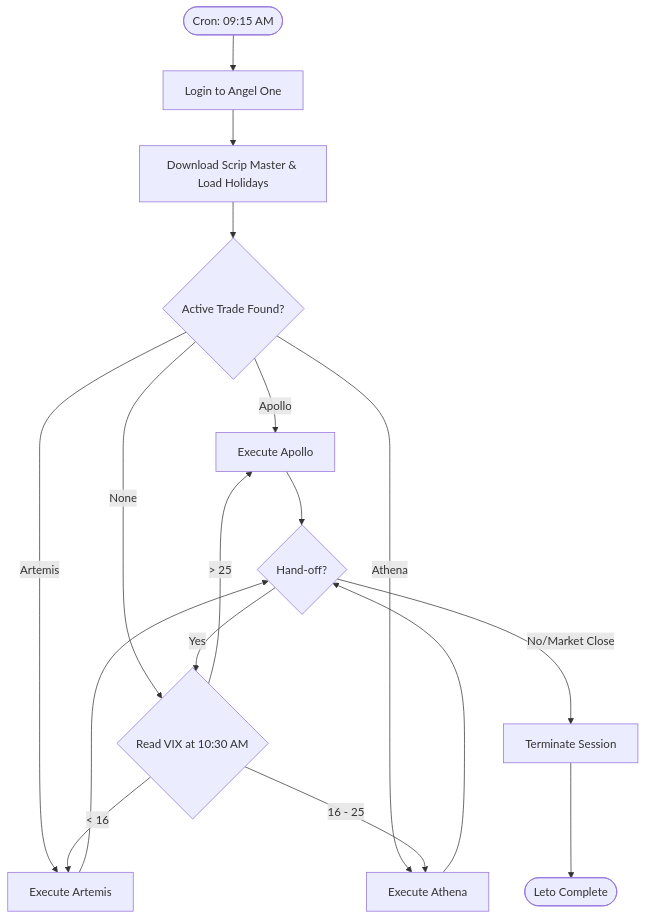
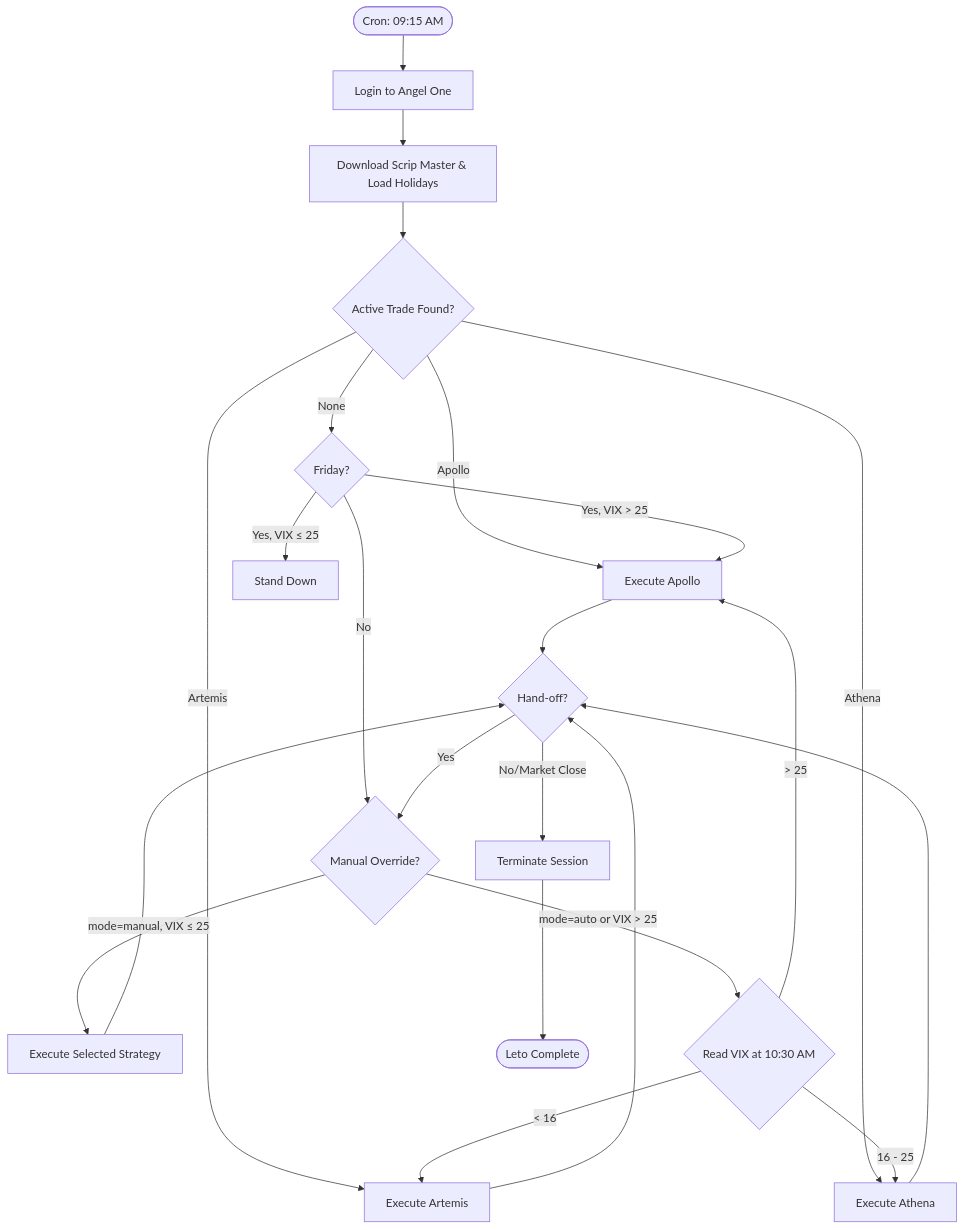
Before and after one commit to parijnan/algo-trading-lab: the diagram in README.md, drawn with Mermaid. The commit also changed other lines of this file and 2 other files, not shown here.

First line of the commit message:
Docs: update README and plan for routing override + binary search

````diff
--- a/README.md
+++ b/README.md
@@ -66,20 +72,25 @@
 ```mermaid
 graph TD
     Start([Cron: 09:15 AM]) --> Login[Login to Angel One]
     Login --> Setup[Download Scrip Master & Load Holidays]
     Setup --> CheckState{Active Trade Found?}
 
     CheckState -- Apollo --> RunApollo[Execute Apollo]
     CheckState -- Athena --> RunAthena[Execute Athena]
     CheckState -- Artemis --> RunArtemis[Execute Artemis]
 
-    CheckState -- None --> VIXCheck{Read VIX at 10:30 AM}
+    CheckState -- None --> FridayCheck{Friday?}
+    FridayCheck -- "Yes, VIX > 25" --> RunApollo
+    FridayCheck -- "Yes, VIX ≤ 25" --> StandDown[Stand Down]
+    FridayCheck -- No --> OverrideCheck{Manual Override?}
+    OverrideCheck -- "mode=manual, VIX ≤ 25" --> RunOverride[Execute Selected Strategy]
+    OverrideCheck -- "mode=auto or VIX > 25" --> VIXCheck{Read VIX at 10:30 AM}
     VIXCheck -- "< 16" --> RunArtemis
     VIXCheck -- "16 - 25" --> RunAthena
     VIXCheck -- "> 25" --> RunApollo
 
-    RunApollo & RunAthena & RunArtemis --> Result{Hand-off?}
-    Result -- Yes --> VIXCheck
+    RunApollo & RunAthena & RunArtemis & RunOverride --> Result{Hand-off?}
+    Result -- Yes --> OverrideCheck
     Result -- No/Market Close --> Logout[Terminate Session]
     Logout --> End([Leto Complete])
 ```
````
